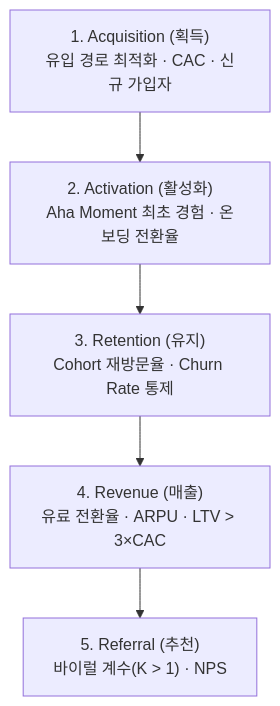
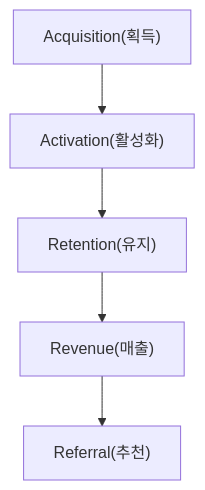
Before and after one commit to agnusdei1207/study: the fourth of 4 diagrams in src/content/docs/notes/itpe/01-it-strategy/046_growth_hacking.md, drawn with Mermaid. The commit also changed other lines of this file and 19 other files, not shown here.

````diff
--- a/src/content/docs/notes/itpe/01-it-strategy/046_growth_hacking.md
+++ b/src/content/docs/notes/itpe/01-it-strategy/046_growth_hacking.md
@@ -153,10 +139,7 @@
 ```mermaid
 flowchart TD
-    A1["1. Acquisition (획득)<br/>유입 경로 최적화 · CAC · 신규 가입자"]
-    A2["2. Activation (활성화)<br/>Aha Moment 최초 경험 · 온보딩 전환율"]
-    R1["3. Retention (유지)<br/>Cohort 재방문율 · Churn Rate 통제"]
-    R2["4. Revenue (매출)<br/>유료 전환율 · ARPU · LTV > 3×CAC"]
-    R3["5. Referral (추천)<br/>바이럴 계수(K > 1) · NPS"]
-
-    A1 --> A2 --> R1 --> R2 --> R3
+    A1["Acquisition(획득)"] --> A2["Activation(활성화)"]
+    A2 --> R1["Retention(유지)"]
+    R1 --> R2["Revenue(매출)"]
+    R2 --> R3["Referral(추천)"]
 ```
````
